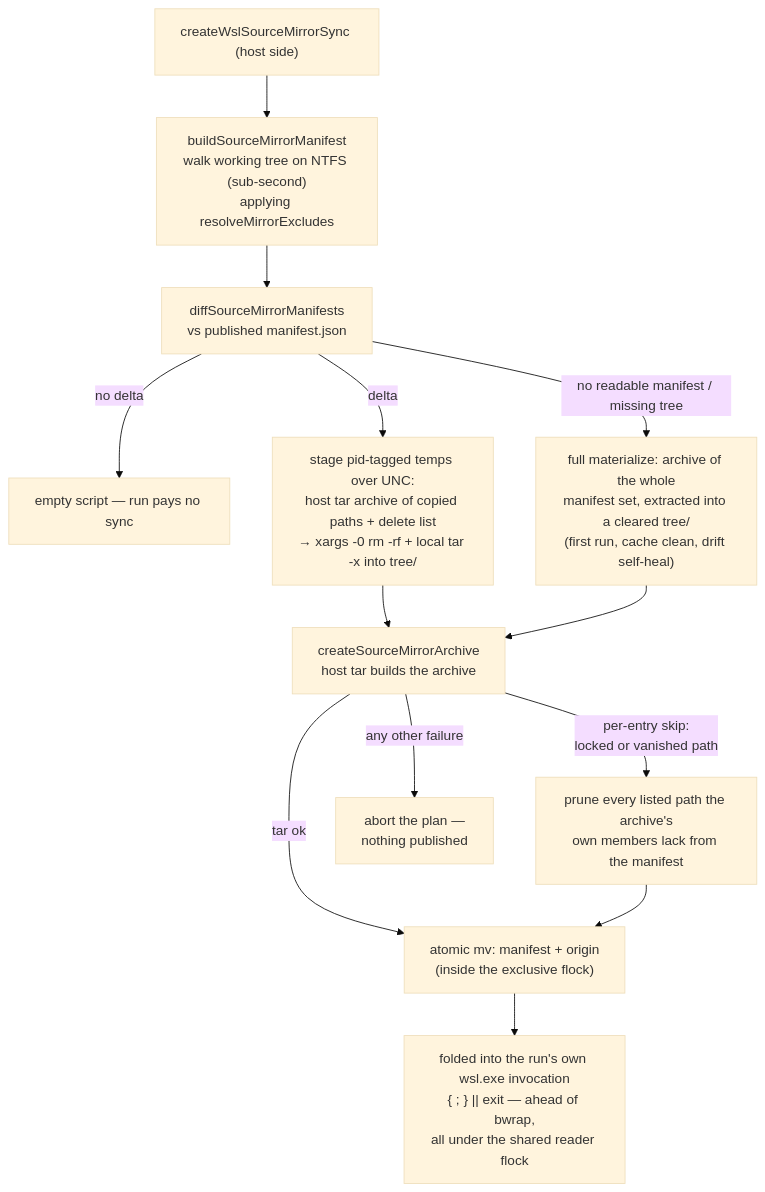
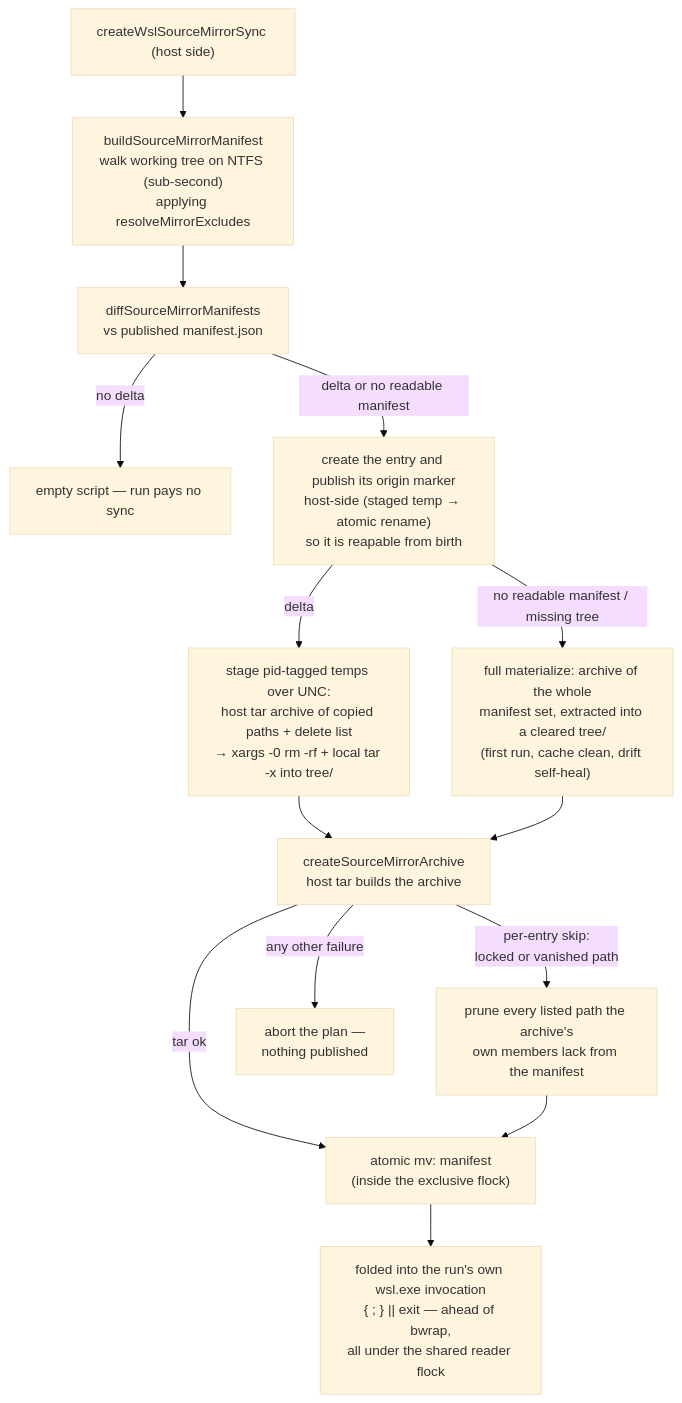
One commit to Esposter/Esposter changed the diagram in packages/app/content/docs/virrun/wsl-source-mirror.md. Above: the diagram before and after it, drawn with Mermaid (base theme). The commit also changed other lines of this file and 7 other files, not shown here.

````diff
--- a/packages/app/content/docs/virrun/wsl-source-mirror.md
+++ b/packages/app/content/docs/virrun/wsl-source-mirror.md
@@ -20,14 +20,15 @@
 ```mermaid
 flowchart TB
     plan["createWslSourceMirrorSync (host side)"] --> walk["buildSourceMirrorManifest\nwalk working tree on NTFS (sub-second)\napplying resolveMirrorExcludes"]
     walk --> diff["diffSourceMirrorManifests\nvs published manifest.json"]
     diff -->|"no delta"| skipped["empty script — run pays no sync"]
-    diff -->|"delta"| delta["stage pid-tagged temps over UNC:\nhost tar archive of copied paths + delete list\n→ xargs -0 rm -rf + local tar -x into tree/"]
-    diff -->|"no readable manifest / missing tree"| full["full materialize: archive of the whole\nmanifest set, extracted into a cleared tree/\n(first run, cache clean, drift self-heal)"]
+    diff -->|"delta or no readable manifest"| mark["create the entry and publish its origin marker\nhost-side (staged temp → atomic rename)\nso it is reapable from birth"]
+    mark -->|"delta"| delta["stage pid-tagged temps over UNC:\nhost tar archive of copied paths + delete list\n→ xargs -0 rm -rf + local tar -x into tree/"]
+    mark -->|"no readable manifest / missing tree"| full["full materialize: archive of the whole\nmanifest set, extracted into a cleared tree/\n(first run, cache clean, drift self-heal)"]
     delta --> archive["createSourceMirrorArchive\nhost tar builds the archive"]
     full --> archive
     archive -->|"tar ok"| publish
     archive -->|"per-entry skip:\nlocked or vanished path"| prune["prune every listed path the archive's\nown members lack from the manifest"] --> publish
     archive -->|"any other failure"| abort["abort the plan —\nnothing published"]
-    publish["atomic mv: manifest + origin\n(inside the exclusive flock)"] --> bwrap["folded into the run's own wsl.exe invocation\n{ <sync>; } || exit — ahead of bwrap,\nall under the shared reader flock"]
+    publish["atomic mv: manifest\n(inside the exclusive flock)"] --> bwrap["folded into the run's own wsl.exe invocation\n{ <sync>; } || exit — ahead of bwrap,\nall under the shared reader flock"]
 ```
````
